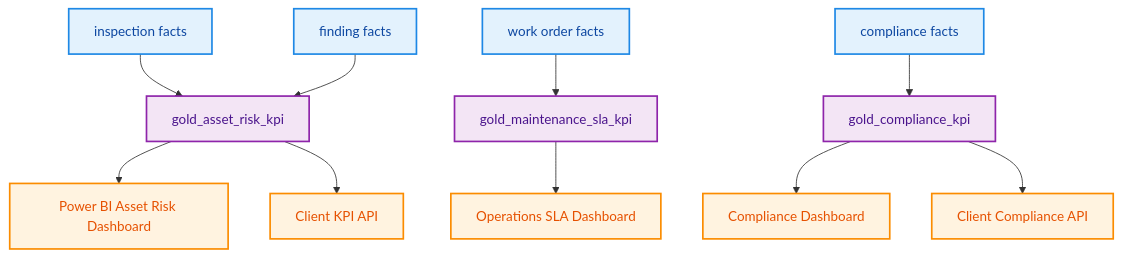
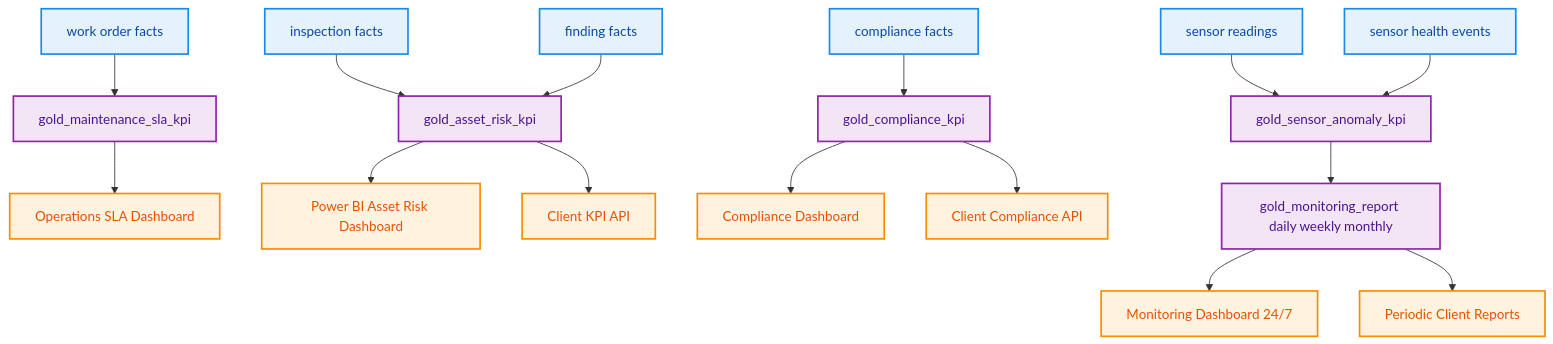
Before and after one commit to willtran112358/socotec-client-data-solution: diagram 21 of 21 in README.md, drawn with Mermaid. The commit also changed other lines of this file and 4 other files, not shown here.

````diff
--- a/README.md
+++ b/README.md
@@ -572,20 +698,25 @@
 ```mermaid
 flowchart TB
     INSPECTION[inspection facts] --> GOLD1[gold_asset_risk_kpi]
     INSPECTION_FINDING[finding facts] --> GOLD1
     WORK_ORDER[work order facts] --> GOLD2[gold_maintenance_sla_kpi]
     COMPLIANCE_RESULT[compliance facts] --> GOLD3[gold_compliance_kpi]
 
     GOLD1 --> DASH1[Power BI Asset Risk Dashboard]
     GOLD2 --> DASH2[Operations SLA Dashboard]
     GOLD3 --> DASH3[Compliance Dashboard]
     GOLD1 --> API1[Client KPI API]
     GOLD3 --> API2[Client Compliance API]
+    SENSOR_READING[sensor readings] --> GOLD4[gold_sensor_anomaly_kpi]
+    SENSOR_HEALTH[sensor health events] --> GOLD4
+    GOLD4 --> GOLD5[gold_monitoring_report daily weekly monthly]
+    GOLD5 --> DASH4[Monitoring Dashboard 24/7]
+    GOLD5 --> RPT[Periodic Client Reports]
 
     classDef fact fill:#E3F2FD,stroke:#1E88E5,stroke-width:2px,color:#0D47A1;
     classDef gold fill:#F3E5F5,stroke:#8E24AA,stroke-width:2px,color:#4A148C;
     classDef cons fill:#FFF3E0,stroke:#FB8C00,stroke-width:2px,color:#E65100;
-    class INSPECTION,INSPECTION_FINDING,WORK_ORDER,COMPLIANCE_RESULT fact;
-    class GOLD1,GOLD2,GOLD3 gold;
-    class DASH1,DASH2,DASH3,API1,API2 cons;
+    class INSPECTION,INSPECTION_FINDING,WORK_ORDER,COMPLIANCE_RESULT,SENSOR_READING,SENSOR_HEALTH fact;
+    class GOLD1,GOLD2,GOLD3,GOLD4,GOLD5 gold;
+    class DASH1,DASH2,DASH3,DASH4,API1,API2,RPT cons;
 ```
````
